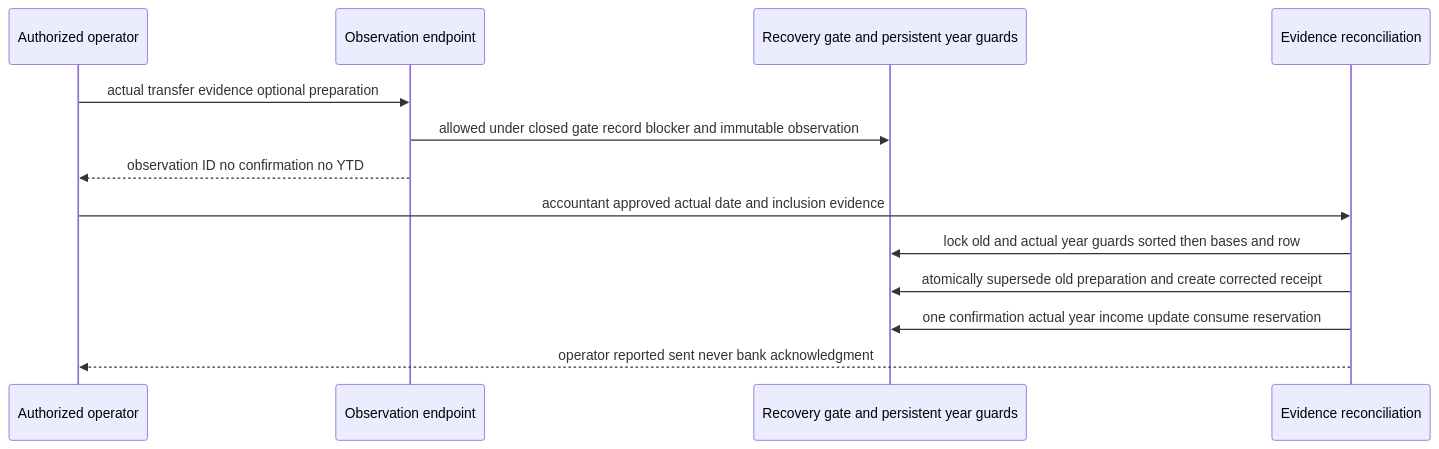
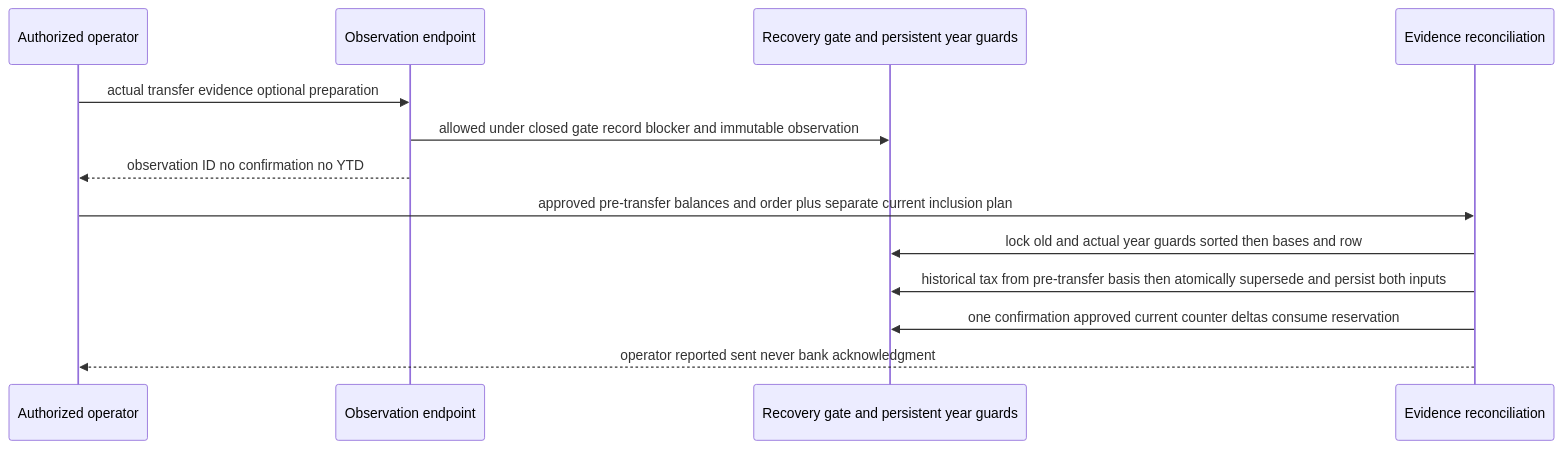
The sixth of 6 diagrams in projects/03a-affiliate-rewardful/docs/C4_Diagrams.md (djd1m/2026-AUG-PU-Projects), drawn with Mermaid before and after one commit. The commit also changed other lines of this file and 16 other files, not shown here.

Commit message:
docs(n3a): reconcile historical tax evidence and close scope drift

````diff
--- a/projects/03a-affiliate-rewardful/docs/C4_Diagrams.md
+++ b/projects/03a-affiliate-rewardful/docs/C4_Diagrams.md
@@ -145,15 +145,15 @@
 ```mermaid
 sequenceDiagram
   participant O as Authorized operator
   participant E as Observation endpoint
   participant G as Recovery gate and persistent year guards
   participant R as Evidence reconciliation
   O->>E: actual transfer evidence optional preparation
   E->>G: allowed under closed gate record blocker and immutable observation
   E-->>O: observation ID no confirmation no YTD
-  O->>R: accountant approved actual date and inclusion evidence
+  O->>R: approved pre-transfer balances and order plus separate current inclusion plan
   R->>G: lock old and actual year guards sorted then bases and row
-  R->>G: atomically supersede old preparation and create corrected receipt
-  R->>G: one confirmation actual year income update consume reservation
+  R->>G: historical tax from pre-transfer basis then atomically supersede and persist both inputs
+  R->>G: one confirmation approved current counter deltas consume reservation
   R-->>O: operator reported sent never bank acknowledgment
 ```
````
